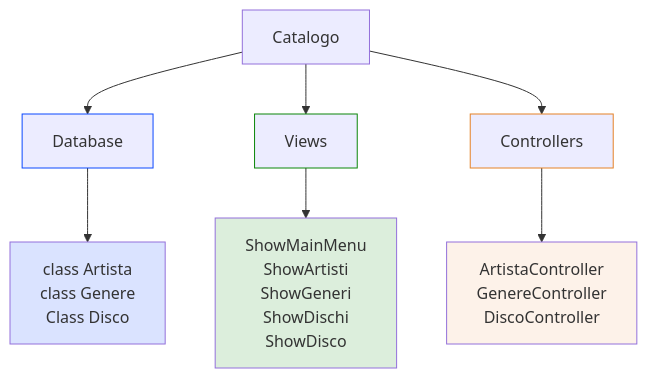
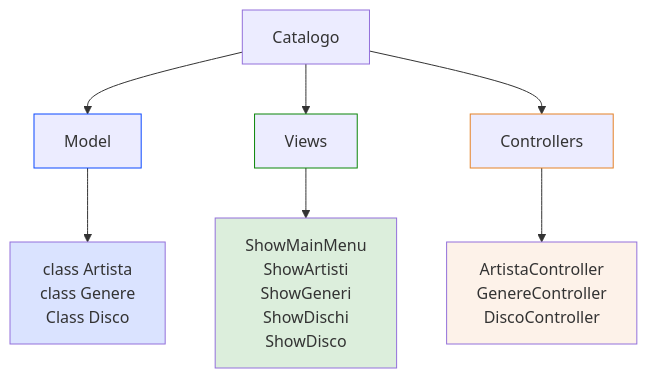
Before and after one commit to AlexBruno9/Corso-Dotnet-2024: the first of 2 diagrams in Siti/Dischi2/README.md, drawn with Mermaid. The commit also changed other lines of this file and 7 other files, not shown here.

````diff
--- a/Siti/Dischi2/README.md
+++ b/Siti/Dischi2/README.md
@@ -57,32 +72,32 @@
 ```mermaid
 graph TD;
-    A[Catalogo] --> B[Database];
+    A[Catalogo] --> B[Model];
     A --> C[Views];
     A --> D[Controllers];
 
     B --> B1[class Artista
              class Genere
              Class Disco];
     C --> C1[ShowMainMenu
              ShowArtisti
              ShowGeneri
              ShowDischi
              ShowDisco
              ];
     D --> D1[ArtistaController
              GenereController
              DiscoController
 
              ];
 
 
     style B stroke:#0b48ff
     style B1 fill:#0b48ff26
     style C stroke:#0b8609
     style C1 fill:#0b860924
     style D stroke:#e58227
     style D1 fill:#e582271a
 
 
 
 ```
````
